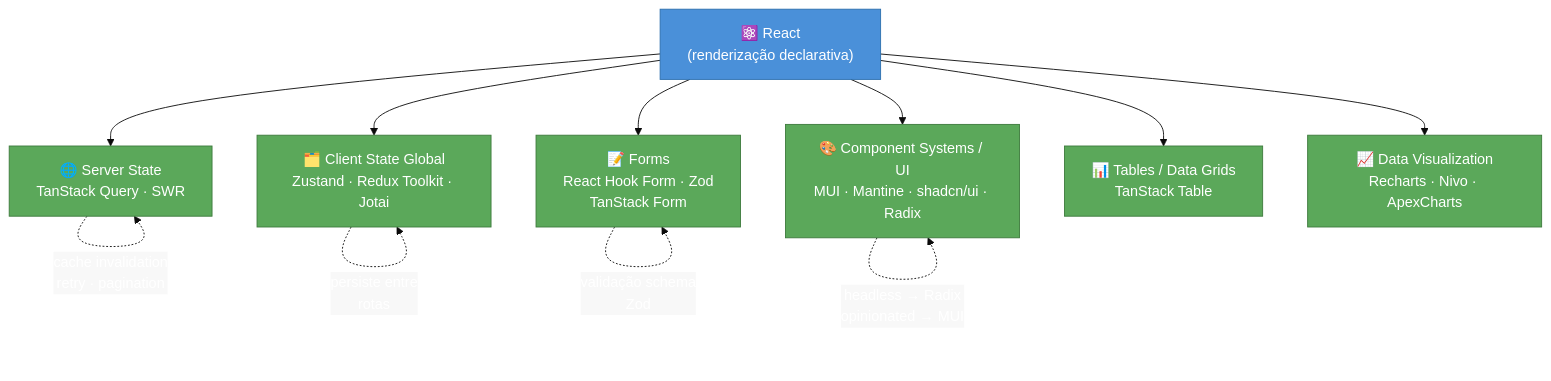
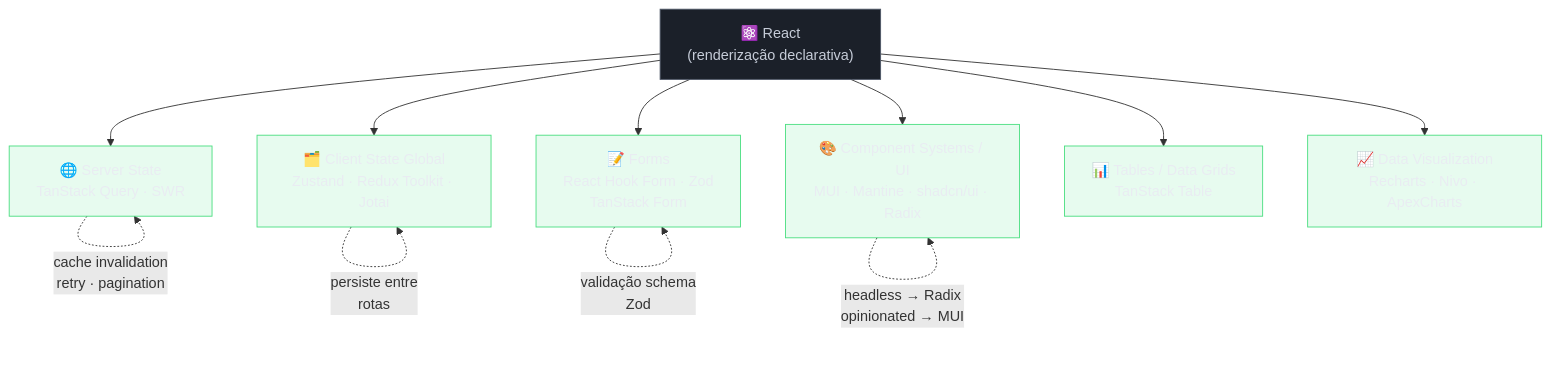
The first of 2 diagrams in 03-Dominios/Tecnologia/React/Ecossistema/01 - O ecossistema React - o mapa.md (josenaldo/codex-technomanticus), drawn with Mermaid before and after one commit. The commit also changed other lines of this file and 1181 other files, not shown here.

First line of the commit message:
fix(diagramas): paleta do sistema no lugar de cor cravada no markdown

````diff
--- a/03-Dominios/Tecnologia/React/Ecossistema/01 - O ecossistema React - o mapa.md
+++ b/03-Dominios/Tecnologia/React/Ecossistema/01 - O ecossistema React - o mapa.md
@@ -168,25 +168,26 @@
 ```mermaid
-%%{init: {"theme": "base", "themeVariables": {"primaryColor": "#4A90D9", "primaryTextColor": "#fff", "edgeLabelBackground": "#f8f8f8"}}}%%
 graph TD
+    classDef neutro fill:#1B2029,stroke:#4E5666,color:#C6CCD8
+    classDef ok fill:#4ADE8021,stroke:#4ADE80,color:#E9ECF2
     REACT["⚛️ React\n(renderização declarativa)"]
 
     REACT --> SS["🌐 Server State\nTanStack Query · SWR"]
     REACT --> CS["🗂️ Client State Global\nZustand · Redux Toolkit · Jotai"]
     REACT --> FM["📝 Forms\nReact Hook Form · Zod\nTanStack Form"]
     REACT --> UI["🎨 Component Systems / UI\nMUI · Mantine · shadcn/ui · Radix"]
     REACT --> TB["📊 Tables / Data Grids\nTanStack Table"]
     REACT --> DV["📈 Data Visualization\nRecharts · Nivo · ApexCharts"]
 
     SS -. "cache invalidation\nretry · pagination" .-> SS
     CS -. "persiste entre\nrotas" .-> CS
     FM -. "validação schema\nZod" .-> FM
     UI -. "headless → Radix\nopinionated → MUI" .-> UI
 
-    style REACT fill:#4A90D9,color:#fff,stroke:#2c6fad
-    style SS fill:#5BA85A,color:#fff,stroke:#3d7a3c
-    style CS fill:#5BA85A,color:#fff,stroke:#3d7a3c
-    style FM fill:#5BA85A,color:#fff,stroke:#3d7a3c
-    style UI fill:#5BA85A,color:#fff,stroke:#3d7a3c
-    style TB fill:#5BA85A,color:#fff,stroke:#3d7a3c
-    style DV fill:#5BA85A,color:#fff,stroke:#3d7a3c
+    class REACT neutro
+    class SS ok
+    class CS ok
+    class FM ok
+    class UI ok
+    class TB ok
+    class DV ok
 ```
````
